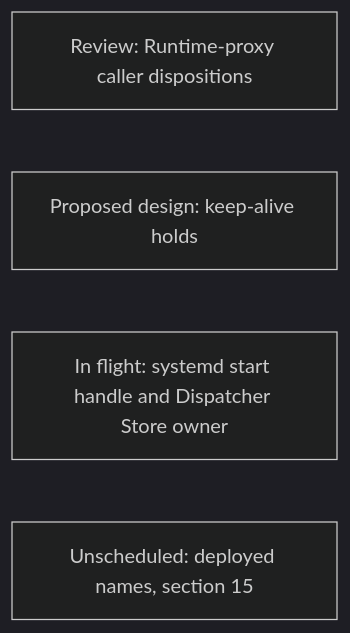
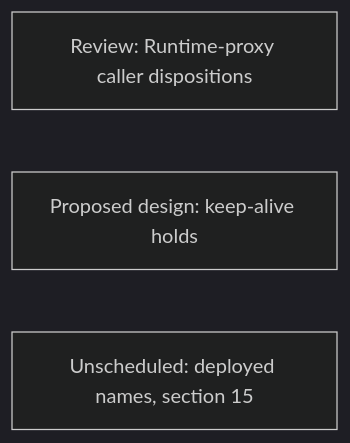
Diagram 20 of 20 in agentplane/plans/task_dag.md (agentydragon/ducktape), drawn with Mermaid (dark theme) before and after one commit. The commit also changed other lines of this file and 2 other files, not shown here.

````diff
--- a/agentplane/plans/task_dag.md
+++ b/agentplane/plans/task_dag.md
@@ -3865,7 +3912,6 @@
 ```mermaid
 flowchart LR
     RUNTIME_PROXY_CALLER_AUDIT[Review: Runtime-proxy caller dispositions]
     ENVIRONMENT_KEEP_ALIVE_HOLDS[Proposed design: keep-alive holds]
-    GO_LOCAL_EXTRACTIONS[In flight: systemd start handle and Dispatcher Store owner]
     RUNNER_GATEWAY_RENAME[Unscheduled: deployed names, section 15]
 ```
````
